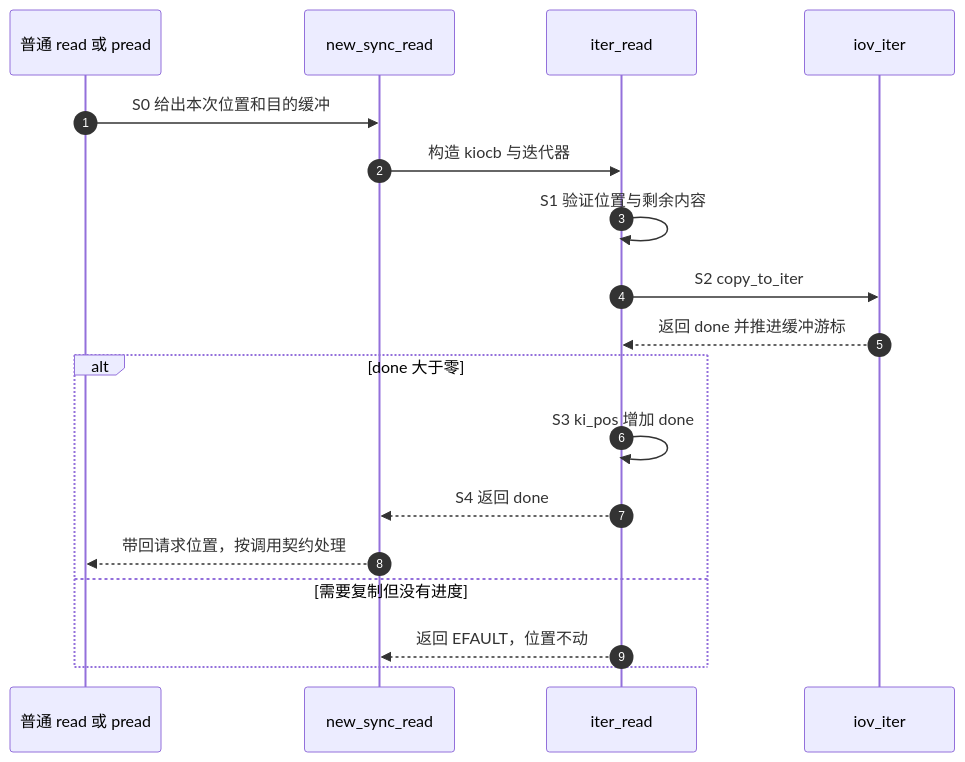
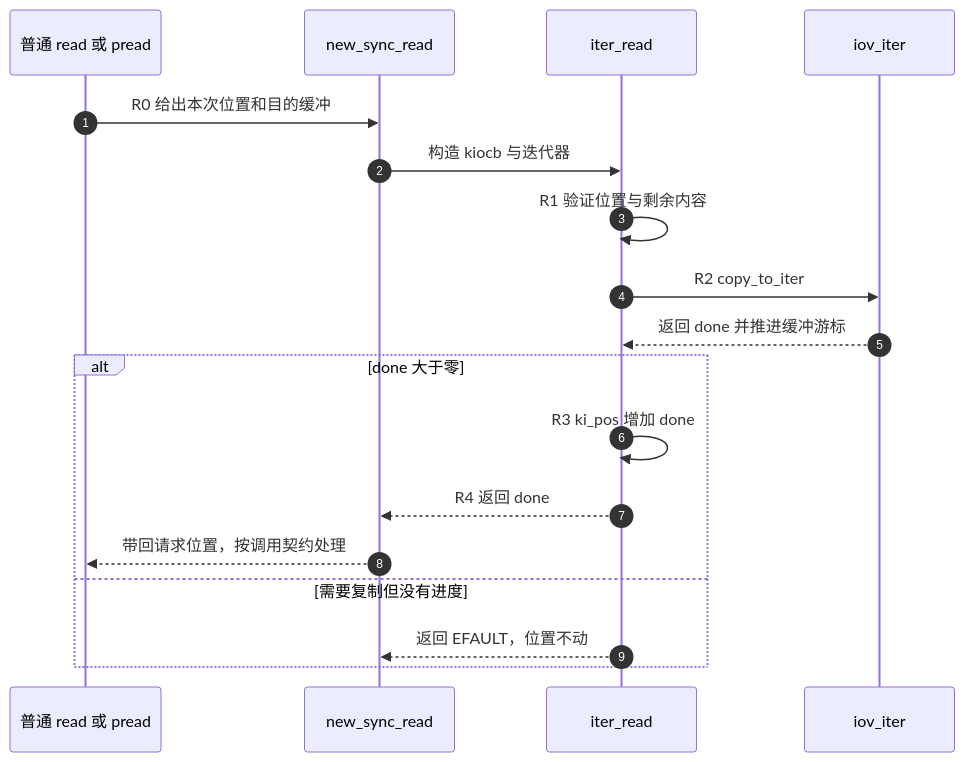
Before and after one commit to FormingSystem/linux_note: the second of 2 diagrams in knowledge/driver_model/file_operations/P02_迭代读取与请求位置.md, drawn with Mermaid. The commit also changed other lines of this file and 5 other files, not shown here.

````diff
--- a/knowledge/driver_model/file_operations/P02_迭代读取与请求位置.md
+++ b/knowledge/driver_model/file_operations/P02_迭代读取与请求位置.md
@@ -200,20 +236,20 @@
 ```mermaid
 sequenceDiagram
     autonumber
     participant caller as 普通 read 或 pread
     participant vfs as new_sync_read
     participant cb as iter_read
     participant iter as iov_iter
-    caller->>vfs: S0 给出本次位置和目的缓冲
+    caller->>vfs: R0 给出本次位置和目的缓冲
     vfs->>cb: 构造 kiocb 与迭代器
-    cb->>cb: S1 验证位置与剩余内容
-    cb->>iter: S2 copy_to_iter
+    cb->>cb: R1 验证位置与剩余内容
+    cb->>iter: R2 copy_to_iter
     iter-->>cb: 返回 done 并推进缓冲游标
     alt done 大于零
-        cb->>cb: S3 ki_pos 增加 done
-        cb-->>vfs: S4 返回 done
+        cb->>cb: R3 ki_pos 增加 done
+        cb-->>vfs: R4 返回 done
         vfs-->>caller: 带回请求位置，按调用契约处理
     else 需要复制但没有进度
         cb-->>vfs: 返回 EFAULT，位置不动
     end
 ```
````
